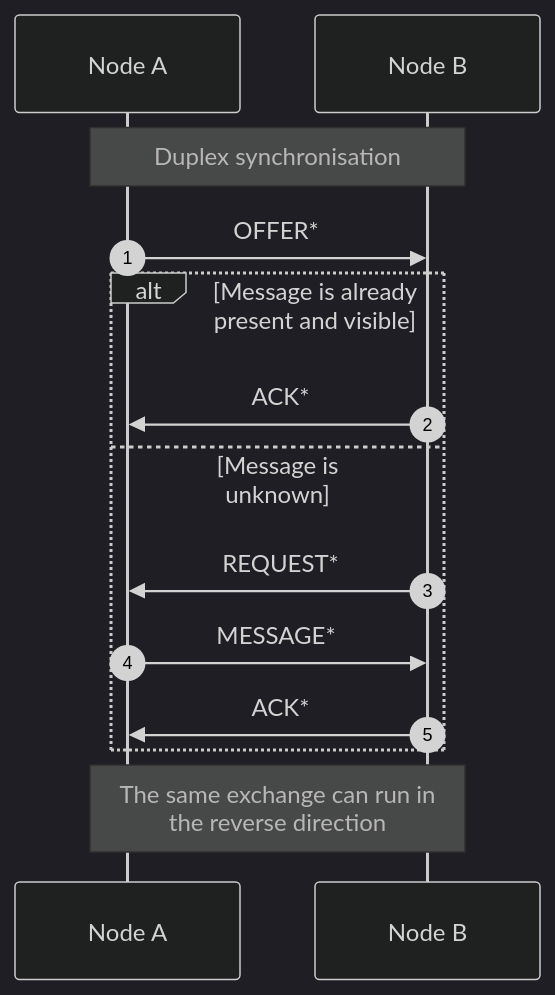
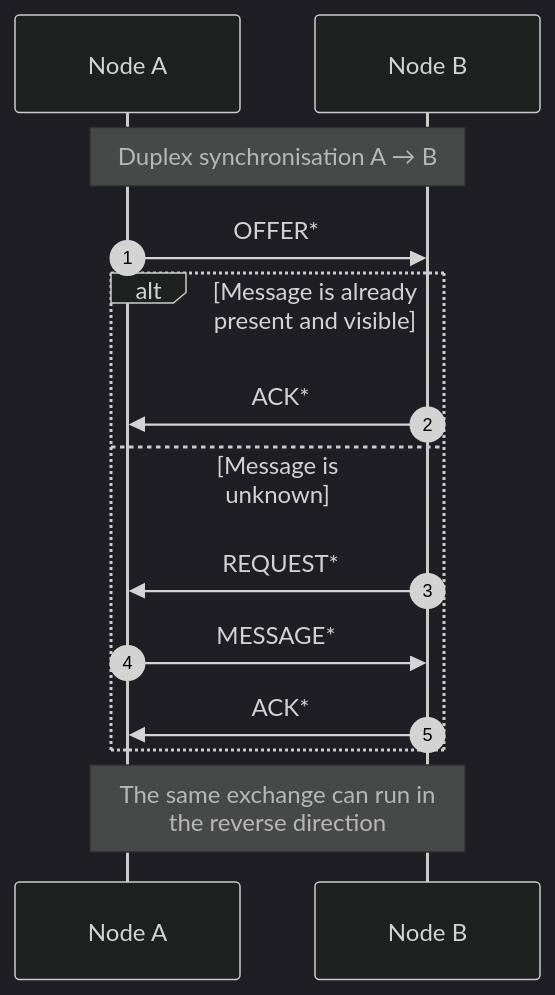
The diagram in documentation/01_BSP/diagrams/sequence/sequenceDiagram-duplexSync_compact.mermaid (SweersJ/Decentralised-Safety---A-Protocol-for-Peer-to-Peer-Emergency-Communication), drawn with Mermaid (dark theme) before and after one commit. The commit also changed 2 other files, not shown here.

```diff
--- a/documentation/01_BSP/diagrams/sequence/sequenceDiagram-duplexSync_compact.mermaid
+++ b/documentation/01_BSP/diagrams/sequence/sequenceDiagram-duplexSync_compact.mermaid
@@ -1,19 +1,19 @@
 sequenceDiagram
     autonumber
 
     participant A as Node A
     participant B as Node B
 
-    Note over A,B: Duplex synchronisation
+    Note over A,B: Duplex synchronisation A → B
 
     A->>B: OFFER*
 
     alt Message is already present and visible
         B->>A: ACK*
     else Message is unknown
         B->>A: REQUEST*
         A->>B: MESSAGE*
         B->>A: ACK*
     end
 
     Note over A,B: The same exchange can run in<br> the reverse direction
```
